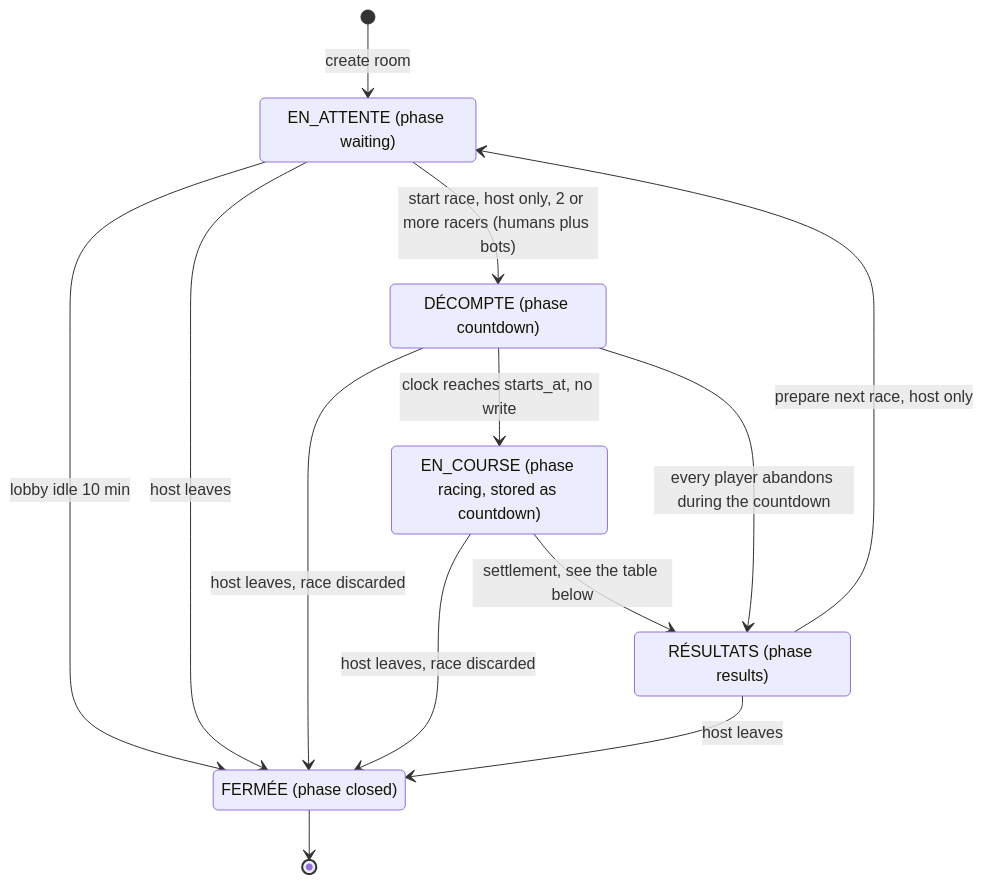
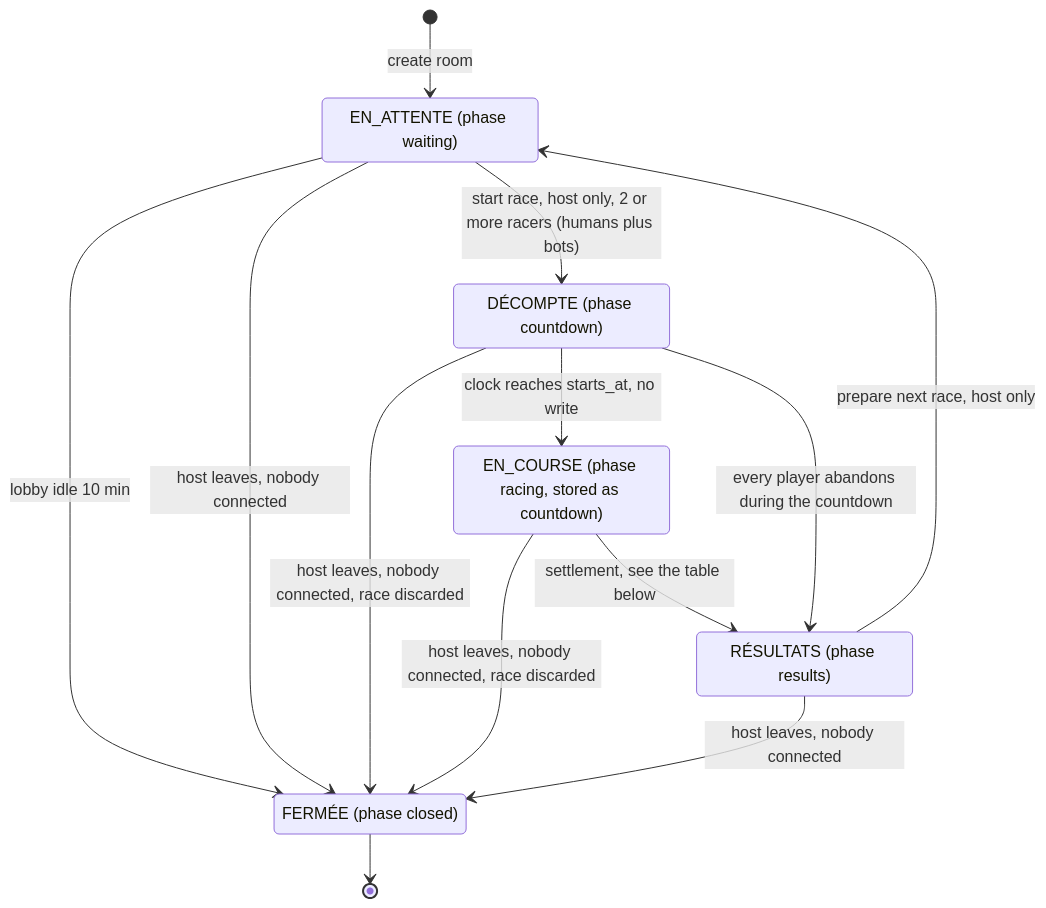
One commit to r4ph92/poketype changed the second of 3 diagrams in docs/ARCHITECTURE.md. Above: the diagram before and after it, drawn with Mermaid. The commit also changed other lines of this file and 3 other files, not shown here.

````diff
--- a/docs/ARCHITECTURE.md
+++ b/docs/ARCHITECTURE.md
@@ -260,21 +260,21 @@
 ```mermaid
 stateDiagram-v2
     [*] --> EN_ATTENTE : create room
     EN_ATTENTE --> DECOMPTE : start race, host only, 2 or more racers (humans plus bots)
     DECOMPTE --> EN_COURSE : clock reaches starts_at, no write
     EN_COURSE --> RESULTATS : settlement, see the table below
     DECOMPTE --> RESULTATS : every player abandons during the countdown
     RESULTATS --> EN_ATTENTE : prepare next race, host only
     EN_ATTENTE --> FERMEE : lobby idle 10 min
-    EN_ATTENTE --> FERMEE : host leaves
-    DECOMPTE --> FERMEE : host leaves, race discarded
-    EN_COURSE --> FERMEE : host leaves, race discarded
-    RESULTATS --> FERMEE : host leaves
+    EN_ATTENTE --> FERMEE : host leaves, nobody connected
+    DECOMPTE --> FERMEE : host leaves, nobody connected, race discarded
+    EN_COURSE --> FERMEE : host leaves, nobody connected, race discarded
+    RESULTATS --> FERMEE : host leaves, nobody connected
     FERMEE --> [*]
 
     state "EN_ATTENTE (phase waiting)" as EN_ATTENTE
     state "DÉCOMPTE (phase countdown)" as DECOMPTE
     state "EN_COURSE (phase racing, stored as countdown)" as EN_COURSE
     state "RÉSULTATS (phase results)" as RESULTATS
     state "FERMÉE (phase closed)" as FERMEE
 ```
````
